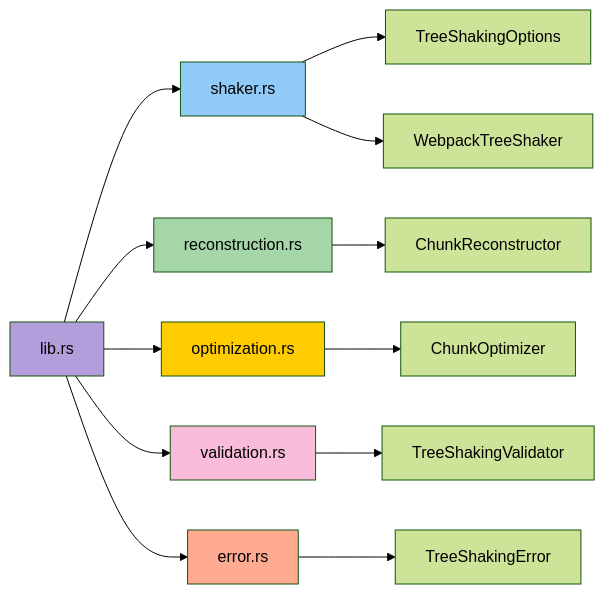
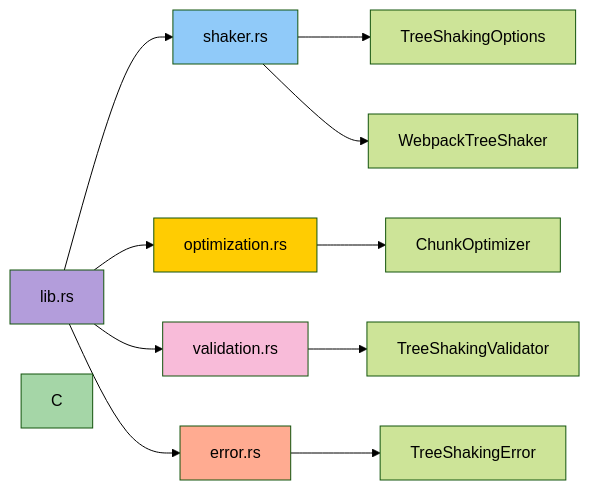
Before and after one commit to ScriptedAlchemy/swc_macro_sys: the second of 15 diagrams in crates/webpack_chunk_tree_shaker/TECHNICAL_GUIDE.md, drawn with Mermaid (forest theme). The commit also changed other lines of this file and 85 other files, not shown here.

````diff
--- a/crates/webpack_chunk_tree_shaker/TECHNICAL_GUIDE.md
+++ b/crates/webpack_chunk_tree_shaker/TECHNICAL_GUIDE.md
@@ -61,22 +60,20 @@
 ```mermaid
 graph LR
     A[lib.rs] --> B[shaker.rs]
-    A --> C[reconstruction.rs]
     A --> D[optimization.rs]
     A --> E[validation.rs]
     A --> F[error.rs]
     
     B --> G[TreeShakingOptions]
     B --> H[WebpackTreeShaker]
-    C --> I[ChunkReconstructor]
     D --> J[ChunkOptimizer]
     E --> K[TreeShakingValidator]
     F --> L[TreeShakingError]
     
     style A fill:#b39ddb
     style B fill:#90caf9
     style C fill:#a5d6a7
     style D fill:#ffcc02
     style E fill:#f8bbd9
     style F fill:#ffab91
 ```
````
